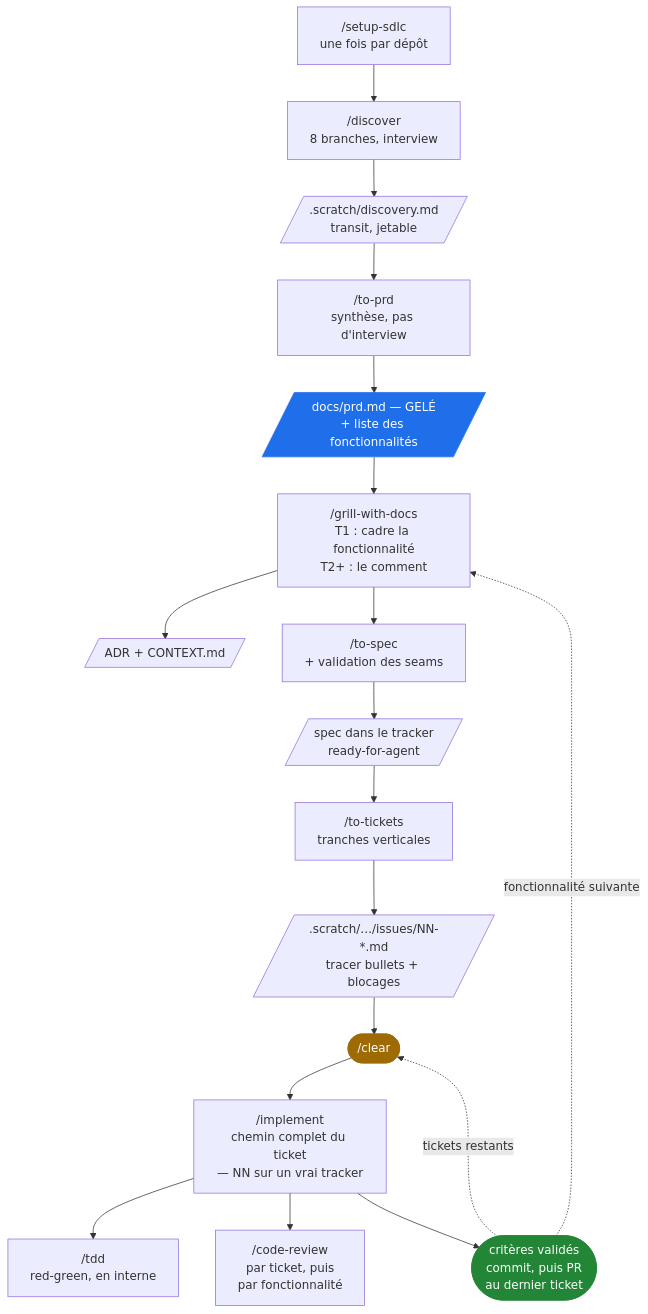
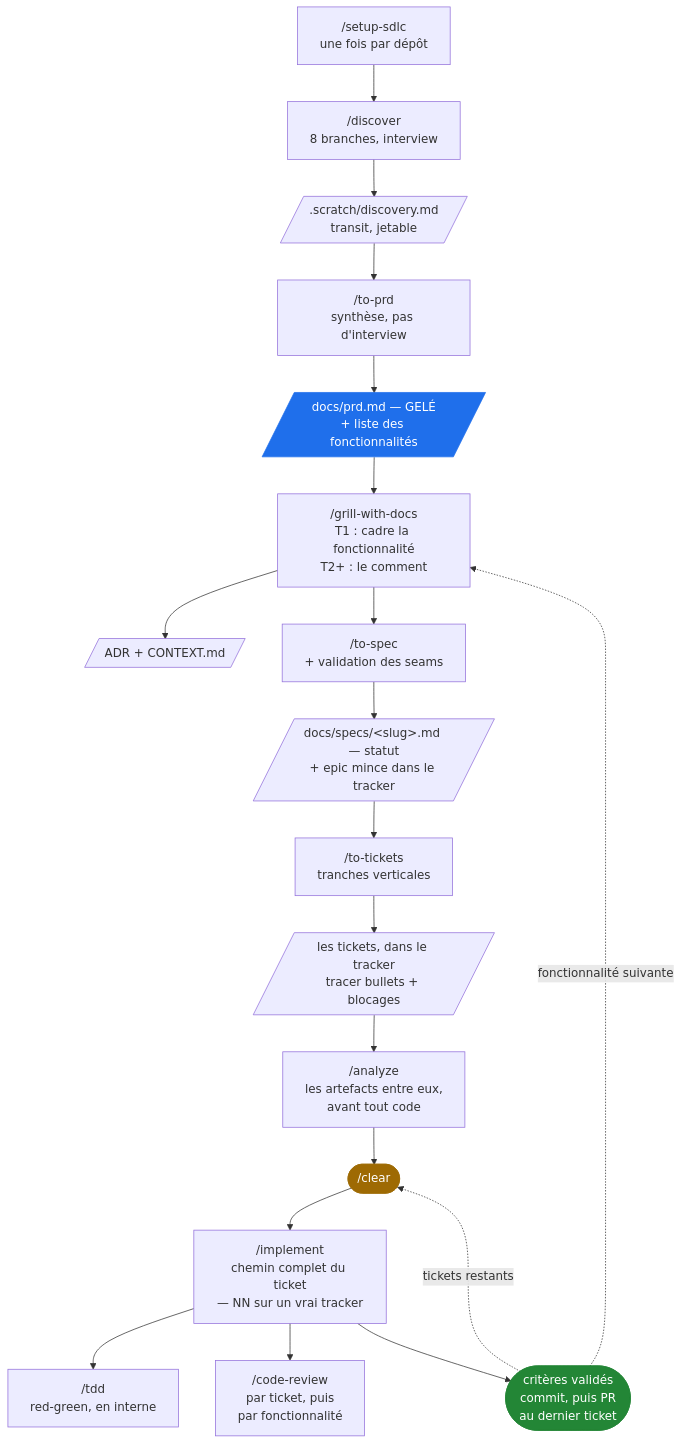
Before and after one commit to VFahet/ai-native-sdd-setup: the first of 2 diagrams in FLUX.md, drawn with Mermaid. The commit also changed other lines of this file and 15 other files, not shown here.

First line of the commit message:
Sortir la spec du tracker et ajouter /analyze

````diff
--- a/FLUX.md
+++ b/FLUX.md
@@ -7,29 +7,30 @@
 ```mermaid
 flowchart TD
     S["/setup-sdlc<br/>une fois par dépôt"]
 
     S --> D["/discover<br/>8 branches, interview"]
     D --> DM[/".scratch/discovery.md<br/>transit, jetable"/]
     DM --> P["/to-prd<br/>synthèse, pas d'interview"]
     P --> PRD[/"docs/prd.md — GELÉ<br/>+ liste des fonctionnalités"/]
 
     PRD --> G["/grill-with-docs<br/>T1 : cadre la fonctionnalité<br/>T2+ : le comment"]
     G --> ADR[/"ADR + CONTEXT.md"/]
     G --> TS["/to-spec<br/>+ validation des seams"]
-    TS --> SPEC[/"spec dans le tracker<br/>ready-for-agent"/]
+    TS --> SPEC[/"docs/specs/&lt;slug&gt;.md — statut<br/>+ epic mince dans le tracker"/]
     SPEC --> TT["/to-tickets<br/>tranches verticales"]
-    TT --> ISS[/".scratch/…/issues/NN-*.md<br/>tracer bullets + blocages"/]
+    TT --> ISS[/"les tickets, dans le tracker<br/>tracer bullets + blocages"/]
+    ISS --> AN["/analyze<br/>les artefacts entre eux,<br/>avant tout code"]
 
-    ISS --> CL(["/clear"])
+    AN --> CL(["/clear"])
     CL --> I["/implement<br/>chemin complet du ticket<br/>— NN sur un vrai tracker"]
     I --> TDD["/tdd<br/>red-green, en interne"]
     I --> CR["/code-review<br/>par ticket, puis<br/>par fonctionnalité"]
     I --> OK(["critères validés<br/>commit, puis PR<br/>au dernier ticket"])
 
     OK -. "tickets restants" .-> CL
     OK -. "fonctionnalité suivante" .-> G
 
     style PRD fill:#1f6feb,stroke:#1f6feb,color:#fff
     style OK fill:#238636,stroke:#238636,color:#fff
     style CL fill:#9e6a03,stroke:#9e6a03,color:#fff
 ```
````
